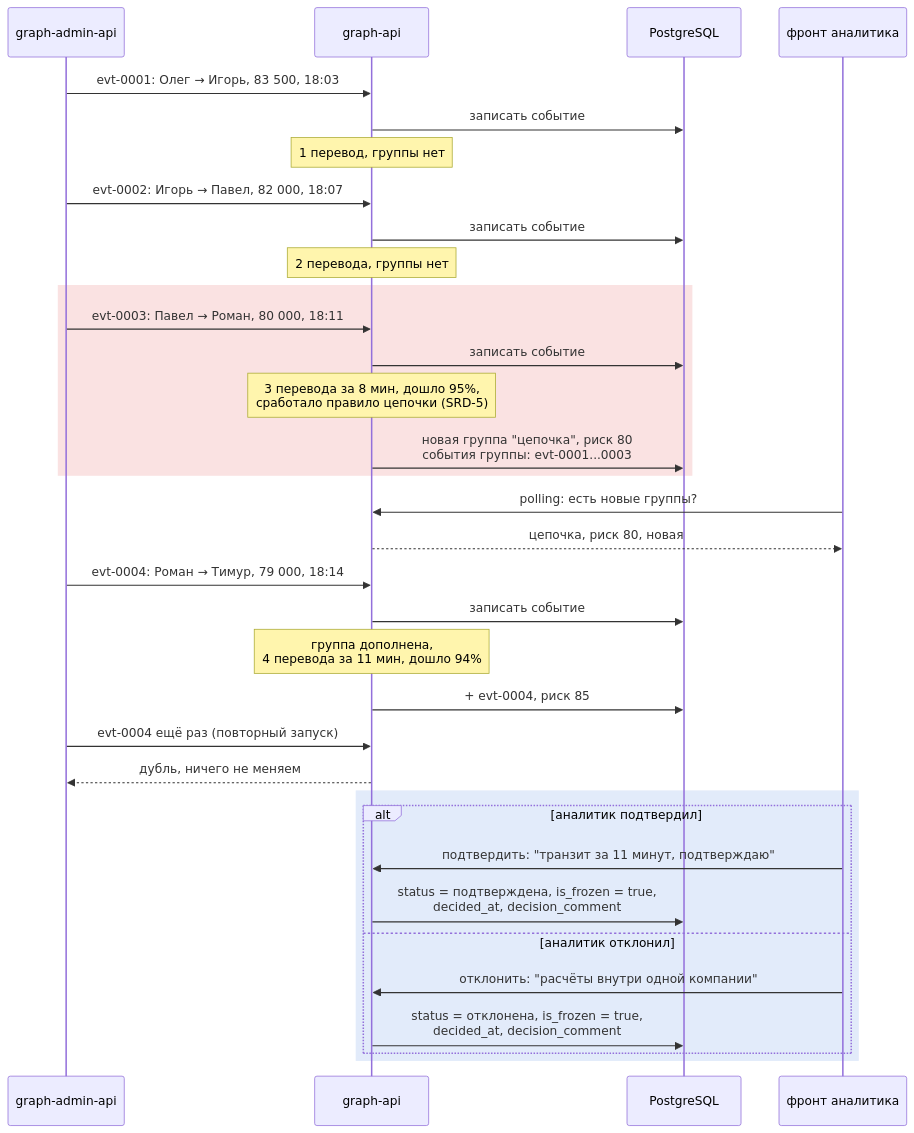
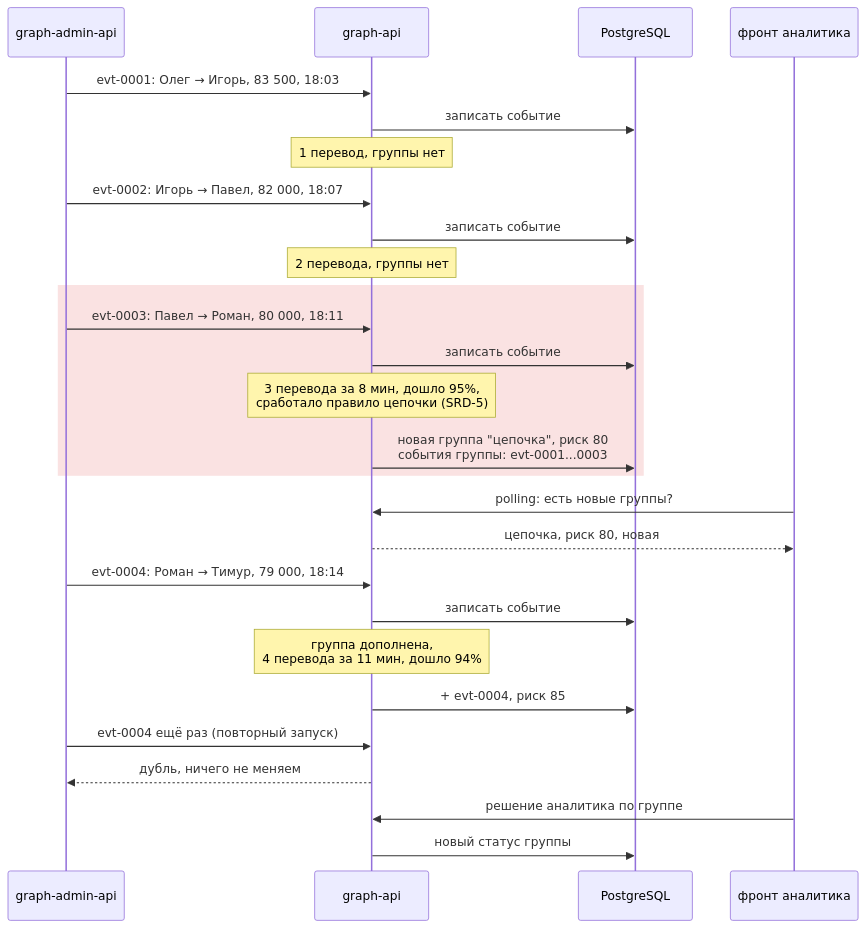
Before and after one commit to feytox/shugraph: the second of 3 diagrams in docs/data-flow.md, drawn with Mermaid. The commit also changed other lines of this file, not shown here.

Commit message:
[GSD-12] docs: move analyst decision into separate flowchart

````diff
--- a/docs/data-flow.md
+++ b/docs/data-flow.md
@@ -51,42 +51,35 @@
 ```mermaid
 sequenceDiagram
     participant ADM as graph-admin-api
     participant API as graph-api
     participant DB as PostgreSQL
     participant FR as фронт аналитика
 
     ADM->>API: evt-0001: Олег → Игорь, 83 500, 18:03
     API->>DB: записать событие
     Note over API: 1 перевод, группы нет
     ADM->>API: evt-0002: Игорь → Павел, 82 000, 18:07
     API->>DB: записать событие
     Note over API: 2 перевода, группы нет
 
     rect rgba(220, 60, 60, 0.15)
     ADM->>API: evt-0003: Павел → Роман, 80 000, 18:11
     API->>DB: записать событие
     Note over API: 3 перевода за 8 мин, дошло 95%,<br/>сработало правило цепочки (SRD-5)
     API->>DB: новая группа "цепочка", риск 80<br/>события группы: evt-0001...0003
     end
 
     FR->>API: polling: есть новые группы?
     API-->>FR: цепочка, риск 80, новая
 
     ADM->>API: evt-0004: Роман → Тимур, 79 000, 18:14
     API->>DB: записать событие
     Note over API: группа дополнена,<br/>4 перевода за 11 мин, дошло 94%
     API->>DB: + evt-0004, риск 85
 
     ADM->>API: evt-0004 ещё раз (повторный запуск)
     API-->>ADM: дубль, ничего не меняем
 
-    rect rgba(60, 120, 220, 0.15)
-    alt аналитик подтвердил
-        FR->>API: подтвердить: "транзит за 11 минут, подтверждаю"
-        API->>DB: status = подтверждена, is_frozen = true,<br/>decided_at, decision_comment
-    else аналитик отклонил
-        FR->>API: отклонить: "расчёты внутри одной компании"
-        API->>DB: status = отклонена, is_frozen = true,<br/>decided_at, decision_comment
-    end
-    end
+    FR->>API: решение аналитика по группе
+    API->>DB: новый статус группы
 ```
````
